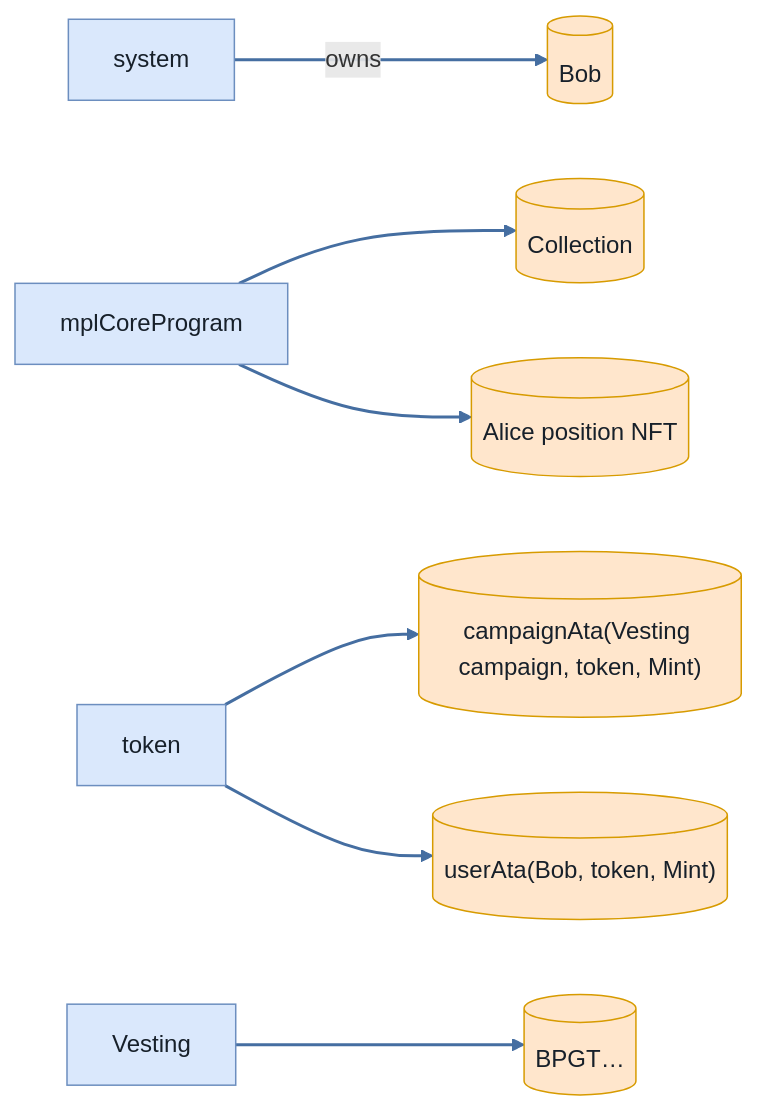
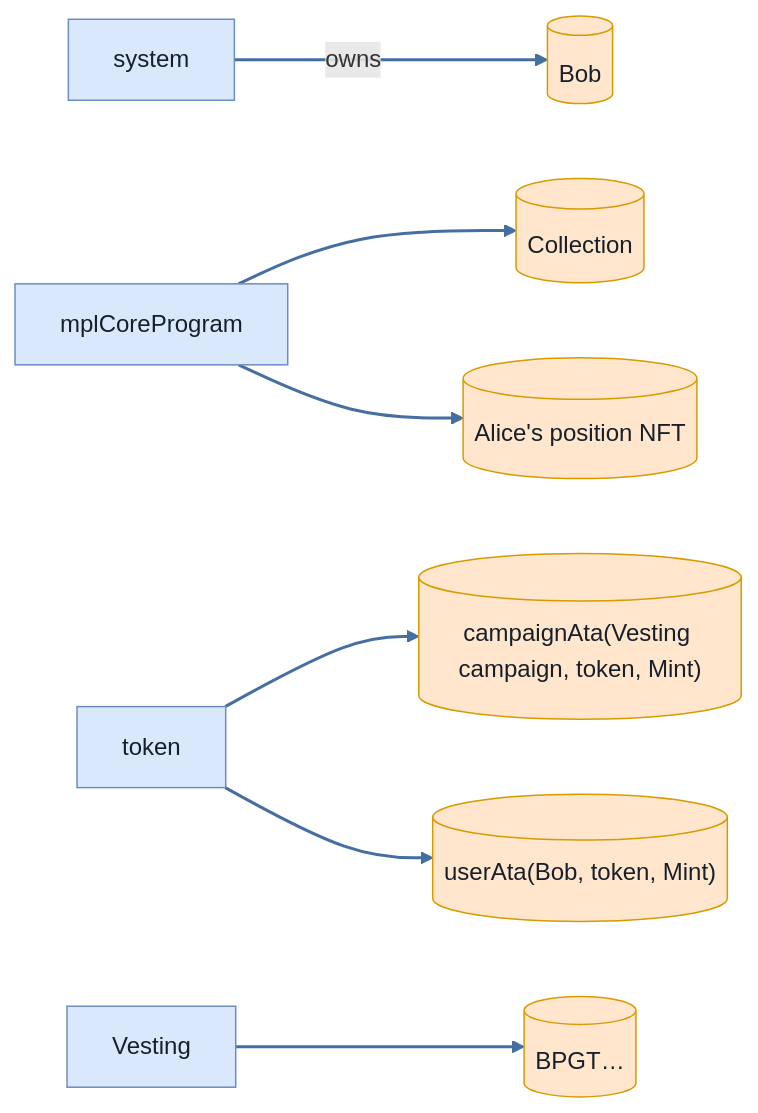
Diagram 24 of 36 in babelfish-tests/test-report/full_lifecycle.md (cds-turbin3/vesting-position), drawn with Mermaid before and after one commit. The commit also changed other lines of this file and 104 other files, not shown here.

````diff
--- a/babelfish-tests/test-report/full_lifecycle.md
+++ b/babelfish-tests/test-report/full_lifecycle.md
@@ -1028,23 +1028,23 @@
 ```mermaid
 flowchart LR
     system["system"]:::program
     Bob[("Bob")]:::state
     mplCoreProgram["mplCoreProgram"]:::program
     Collection[("Collection")]:::state
     token["token"]:::program
     campaignAtaVestingcampaigntokenMint[("campaignAta(Vesting campaign, token, Mint)")]:::state
     userAtaBobtokenMint[("userAta(Bob, token, Mint)")]:::state
-    AlicepositionNFT[("Alice position NFT")]:::state
+    AlicespositionNFT[("Alice's position NFT")]:::state
     Vesting["Vesting"]:::program
     BPGT[("BPGT…")]:::state
     system -->|owns| Bob
     mplCoreProgram --> Collection
     token --> campaignAtaVestingcampaigntokenMint
     token --> userAtaBobtokenMint
-    mplCoreProgram --> AlicepositionNFT
+    mplCoreProgram --> AlicespositionNFT
     Vesting --> BPGT
     classDef program fill:#dae8fc,stroke:#6c8ebf,color:#17202a;
     classDef signer fill:#d5e8d4,stroke:#82b366,color:#17202a;
     classDef state fill:#ffe6cc,stroke:#d79b00,color:#17202a;
     linkStyle 0,1,2,3,4,5 stroke:#456ea1,stroke-width:2px
 ```
````
